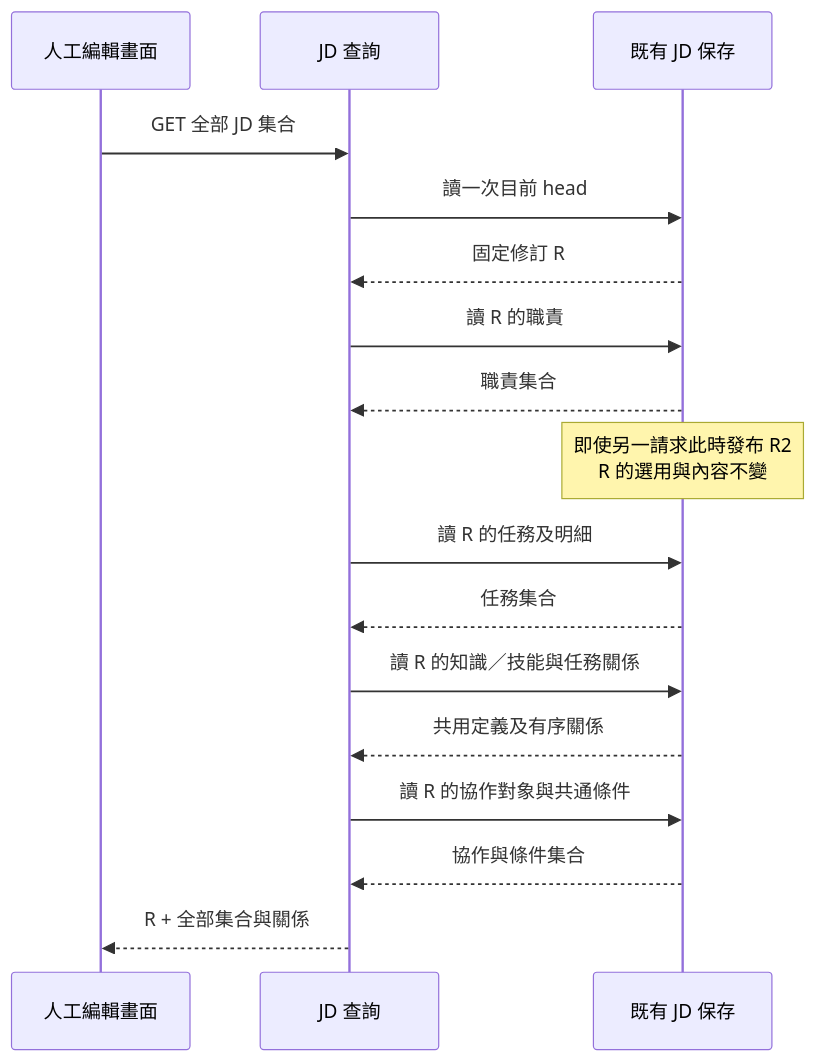
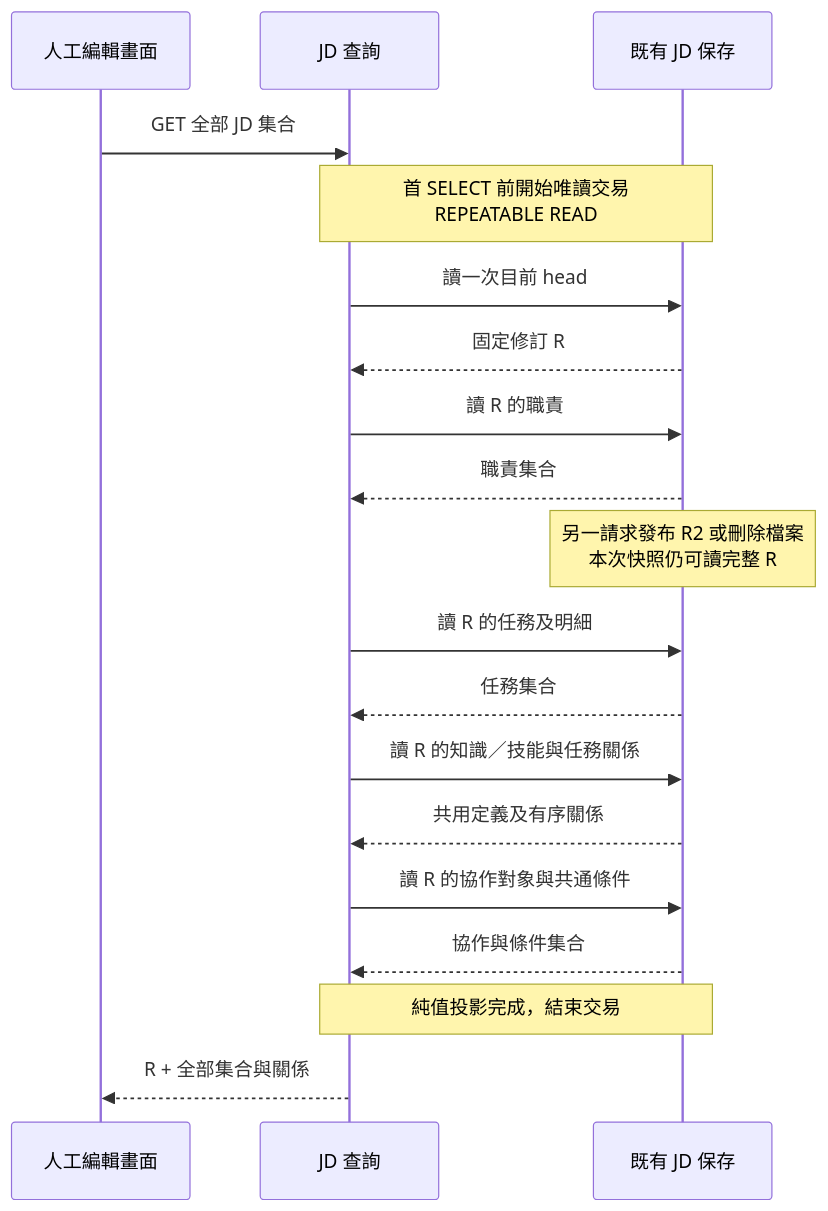
One commit to JD-Consultant/Caliburn changed the diagram in docs/diagrams/implementation/jd-storage/revision-consistent-read.mmd. Above: the diagram before and after it, drawn with Mermaid. The commit also changed 20 other files, not shown here.

First line of the commit message:
docs(engineering): record reviewed architecture and repair evidence

```diff
--- a/docs/diagrams/implementation/jd-storage/revision-consistent-read.mmd
+++ b/docs/diagrams/implementation/jd-storage/revision-consistent-read.mmd
@@ -1,17 +1,19 @@
 sequenceDiagram
   participant UI as 人工編輯畫面
   participant API as JD 查詢
   participant DB as 既有 JD 保存
   UI->>API: GET 全部 JD 集合
+  Note over API,DB: 首 SELECT 前開始唯讀交易<br/>REPEATABLE READ
   API->>DB: 讀一次目前 head
   DB-->>API: 固定修訂 R
   API->>DB: 讀 R 的職責
   DB-->>API: 職責集合
-  Note over DB: 即使另一請求此時發布 R2<br/>R 的選用與內容不變
+  Note over DB: 另一請求發布 R2 或刪除檔案<br/>本次快照仍可讀完整 R
   API->>DB: 讀 R 的任務及明細
   DB-->>API: 任務集合
   API->>DB: 讀 R 的知識／技能與任務關係
   DB-->>API: 共用定義及有序關係
   API->>DB: 讀 R 的協作對象與共通條件
   DB-->>API: 協作與條件集合
+  Note over API,DB: 純值投影完成，結束交易
   API-->>UI: R + 全部集合與關係
```
